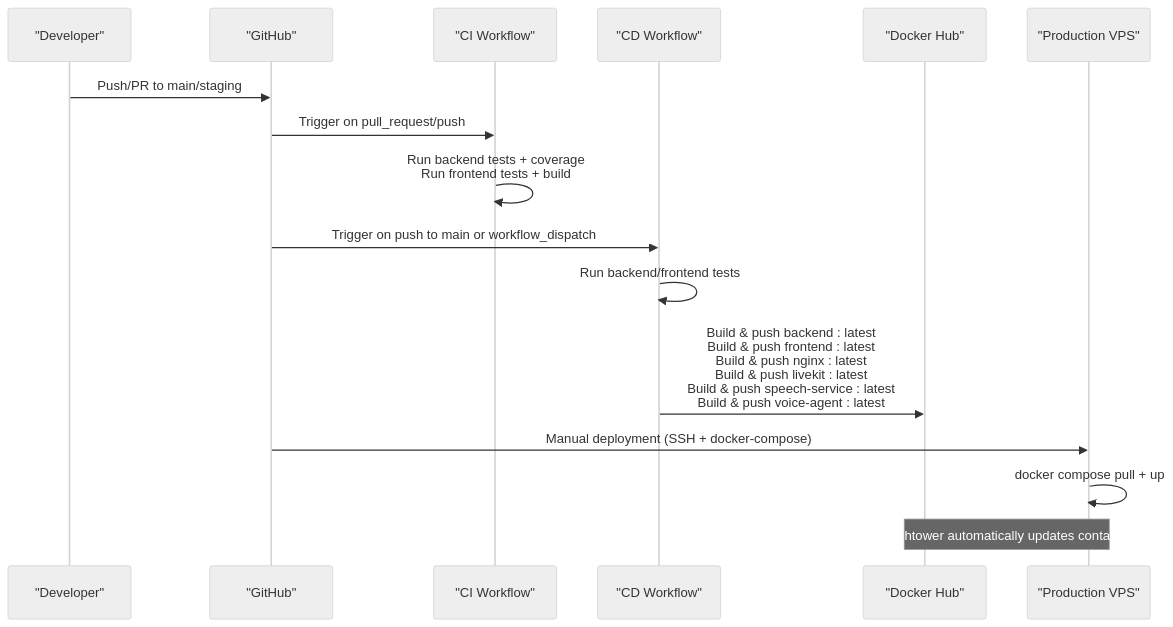
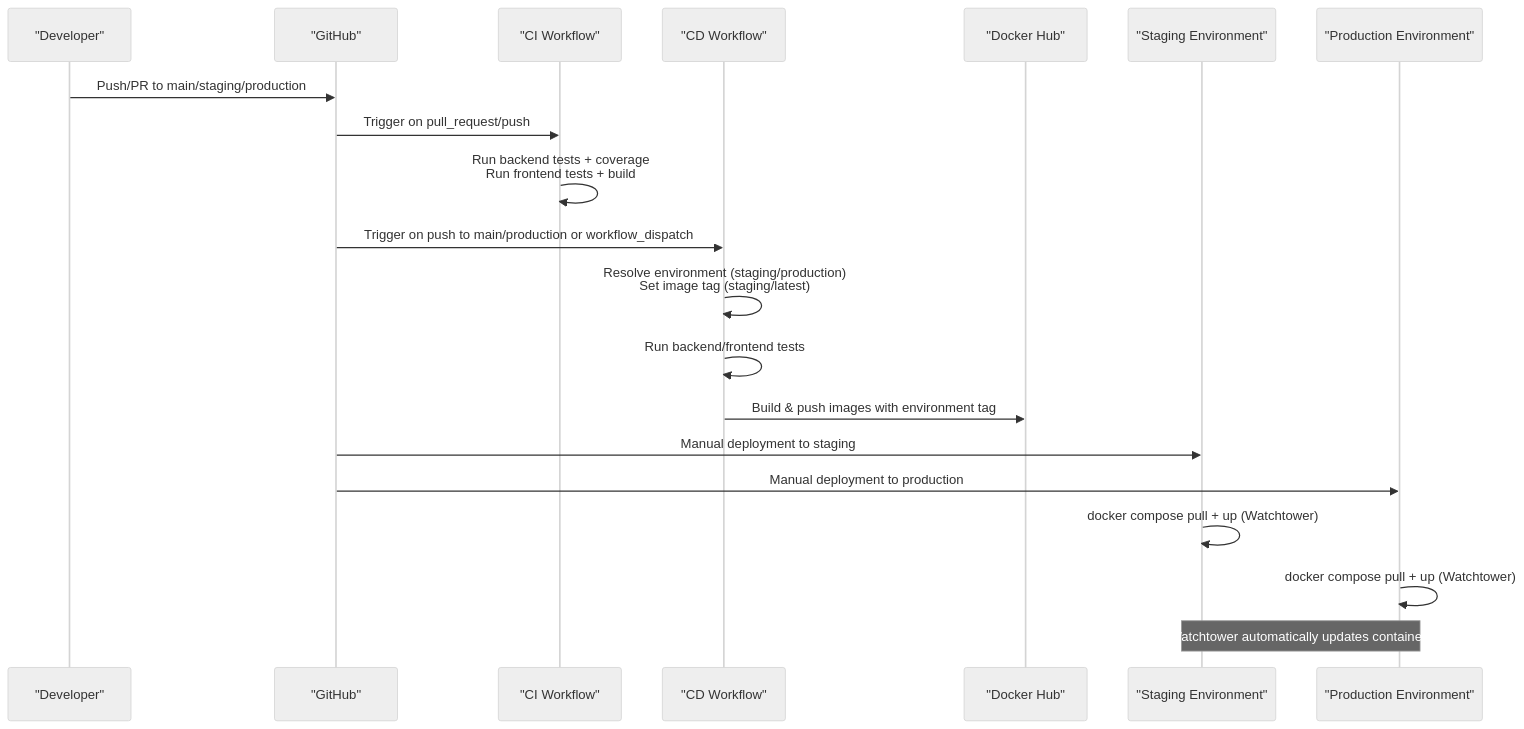
The second of 13 diagrams in .qoder/repowiki/en/content/Deployment & DevOps/CI_CD Pipelines.md (Revanththetalogics/aireume), drawn with Mermaid (neutral theme) before and after one commit. The commit also changed other lines of this file and 9 other files, not shown here.

First line of the commit message:
fix: staging migration crash + preserve production volumes

````diff
--- a/.qoder/repowiki/en/content/Deployment & DevOps/CI_CD Pipelines.md
+++ b/.qoder/repowiki/en/content/Deployment & DevOps/CI_CD Pipelines.md
@@ -153,18 +173,22 @@
 ```mermaid
 sequenceDiagram
 participant Dev as "Developer"
 participant GH as "GitHub"
 participant CI as "CI Workflow"
 participant CD as "CD Workflow"
 participant DH as "Docker Hub"
-participant VPS as "Production VPS"
-Dev->>GH : Push/PR to main/staging
+participant Staging as "Staging Environment"
+participant Prod as "Production Environment"
+Dev->>GH : Push/PR to main/staging/production
 GH->>CI : Trigger on pull_request/push
 CI->>CI : Run backend tests + coverage<br/>Run frontend tests + build
-GH->>CD : Trigger on push to main or workflow_dispatch
+GH->>CD : Trigger on push to main/production or workflow_dispatch
+CD->>CD : Resolve environment (staging/production)<br/>Set image tag (staging/latest)
 CD->>CD : Run backend/frontend tests
-CD->>DH : Build & push backend : latest<br/>Build & push frontend : latest<br/>Build & push nginx : latest<br/>Build & push livekit : latest<br/>Build & push speech-service : latest<br/>Build & push voice-agent : latest
-GH->>VPS : Manual deployment (SSH + docker-compose)
-VPS->>VPS : docker compose pull + up
-Note over VPS,DH : Watchtower automatically updates containers
+CD->>DH : Build & push images with environment tag
+GH->>Staging : Manual deployment to staging
+GH->>Prod : Manual deployment to production
+Staging->>Staging : docker compose pull + up (Watchtower)
+Prod->>Prod : docker compose pull + up (Watchtower)
+Note over Staging,Prod : Watchtower automatically updates containers
 ```
````
